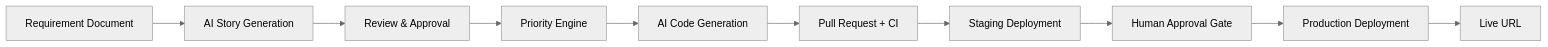
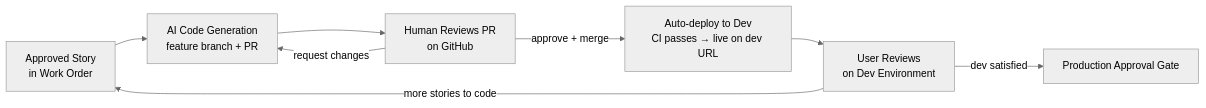
Before and after one commit to evertheme/everapps: the fourth of 8 diagrams in docs/future-enhancements.md, drawn with Mermaid (neutral theme). The commit also changed other lines of this file, not shown here.

````diff
--- a/docs/future-enhancements.md
+++ b/docs/future-enhancements.md
@@ -23,12 +701,10 @@
 ```mermaid
 flowchart LR
-  reqDoc["Requirement Document"] --> storyGen["AI Story Generation"]
-  storyGen --> storyReview["Review & Approval"]
-  storyReview --> prioritize["Priority Engine"]
-  prioritize --> codegen["AI Code Generation"]
-  codegen --> pr["Pull Request + CI"]
-  pr --> stagingDeploy["Staging Deployment"]
-  stagingDeploy --> approvalGate["Human Approval Gate"]
-  approvalGate --> prodDeploy["Production Deployment"]
-  prodDeploy --> liveURL["Live URL"]
+  approvedStory["Approved Story\nin Work Order"] --> codegen["AI Code Generation\nfeature branch + PR"]
+  codegen --> prReview["Human Reviews PR\non GitHub"]
+  prReview -->|"request changes"| codegen
+  prReview -->|"approve + merge"| devDeploy["Auto-deploy to Dev\nCI passes → live on dev URL"]
+  devDeploy --> devReview["User Reviews\non Dev Environment"]
+  devReview -->|"more stories to code"| approvedStory
+  devReview -->|"dev satisfied"| prodGate["Production Approval Gate"]
 ```
````
